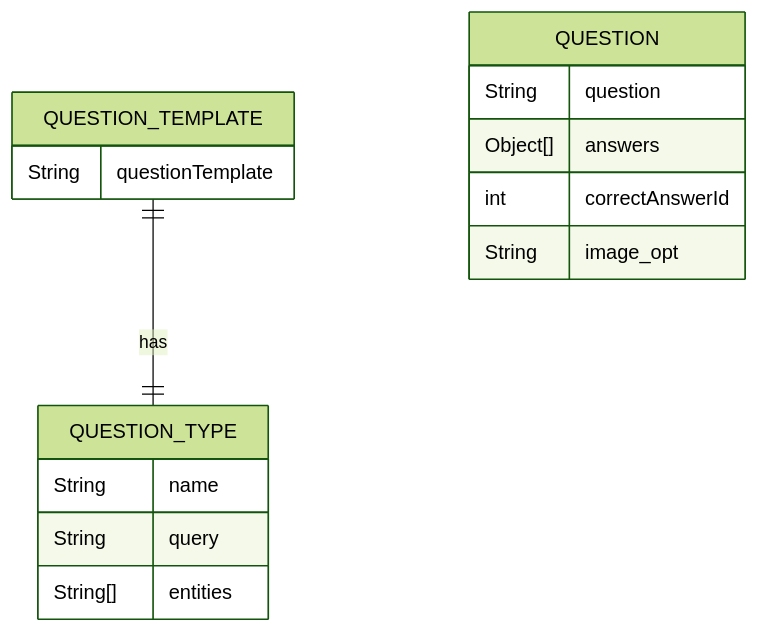
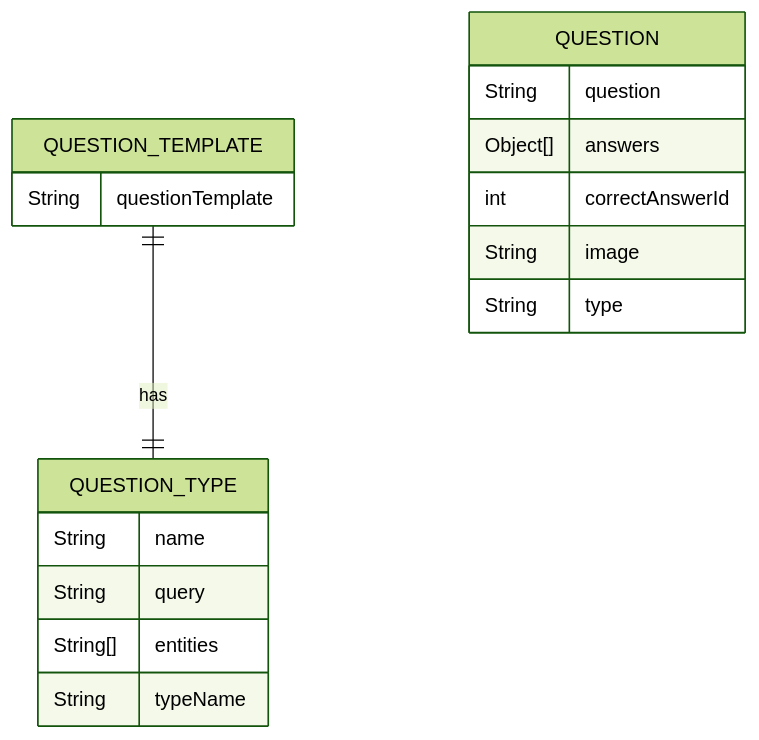
The second of 5 diagrams in docs/src/08_concepts.adoc (Arquisoft/wiq_en3b), drawn with Mermaid (forest theme) before and after one commit. The commit also changed other lines of this file and 3 other files, not shown here.

```diff
--- a/docs/src/08_concepts.adoc
+++ b/docs/src/08_concepts.adoc
@@ -243,23 +243,25 @@
 [mermaid]
 ....
 erDiagram
     
     QUESTION_TEMPLATE ||--|| QUESTION_TYPE:has
 
     QUESTION {
         String question
         Object[] answers
         int correctAnswerId
-        String image_opt
+        String image
+        String type
     }
     
     QUESTION_TEMPLATE{
         String questionTemplate
     }
     
     QUESTION_TYPE{
         String name
         String query
         String[] entities
+        String typeName
     }
 ....
```
